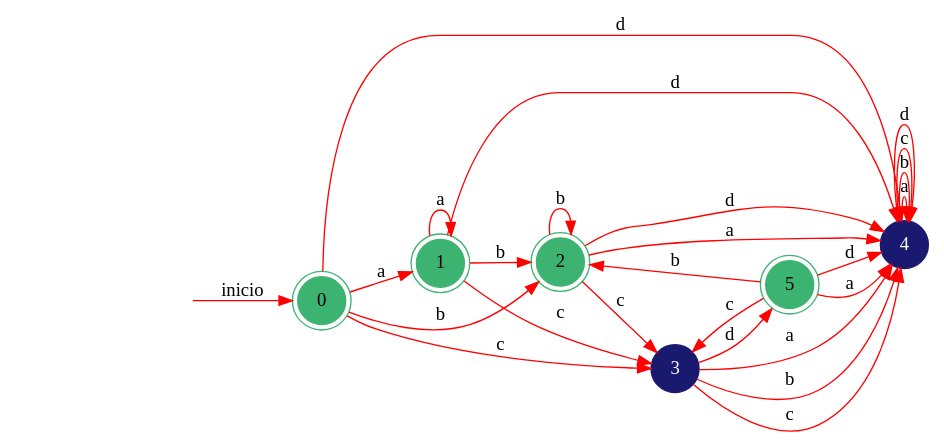
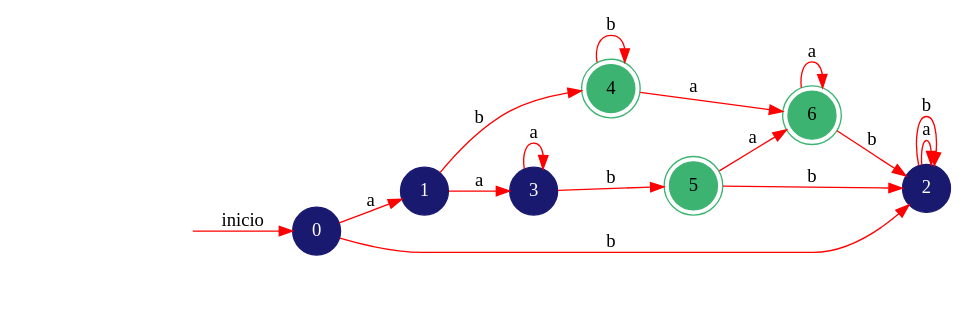
The diagram in GeneracionAutomatas/DOT/AFD Subconjuntos.dot (fcpauldiaz-archive/Automata), drawn with Graphviz before and after one commit. The commit also changed 26 other files, not shown here.

```diff
--- a/GeneracionAutomatas/DOT/AFD Subconjuntos.dot
+++ b/GeneracionAutomatas/DOT/AFD Subconjuntos.dot
@@ -1,34 +1,24 @@
 digraph automata_finito {
 	rankdir=LR;
 	size="13,5"
-	node [shape=doublecircle, style = filled,color = mediumseagreen]; 0 1 2 5;
+	node [shape=doublecircle, style = filled,color = mediumseagreen]; 4 5 6;
 	node [shape=circle];
 	node [color=midnightblue,fontcolor=white];
 	edge [color=red];
 	 secret_node [style=invis];
 	secret_node -> 0 [label="inicio"];
 	0 -> 1 [label="a"];
 	0 -> 2 [label="b"];
-	0 -> 3 [label="c"];
-	0 -> 4 [label="d"];
-	1 -> 1 [label="a"];
-	1 -> 2 [label="b"];
-	1 -> 3 [label="c"];
-	1 -> 4 [label="d"];
-	2 -> 4 [label="a"];
+	1 -> 3 [label="a"];
+	1 -> 4 [label="b"];
+	2 -> 2 [label="a"];
 	2 -> 2 [label="b"];
-	2 -> 3 [label="c"];
-	2 -> 4 [label="d"];
-	3 -> 4 [label="a"];
-	3 -> 4 [label="b"];
-	3 -> 4 [label="c"];
-	3 -> 5 [label="d"];
-	4 -> 4 [label="a"];
+	3 -> 3 [label="a"];
+	3 -> 5 [label="b"];
+	4 -> 6 [label="a"];
 	4 -> 4 [label="b"];
-	4 -> 4 [label="c"];
-	4 -> 4 [label="d"];
-	5 -> 4 [label="a"];
+	5 -> 6 [label="a"];
 	5 -> 2 [label="b"];
-	5 -> 3 [label="c"];
-	5 -> 4 [label="d"];
+	6 -> 6 [label="a"];
+	6 -> 2 [label="b"];
 }
```
